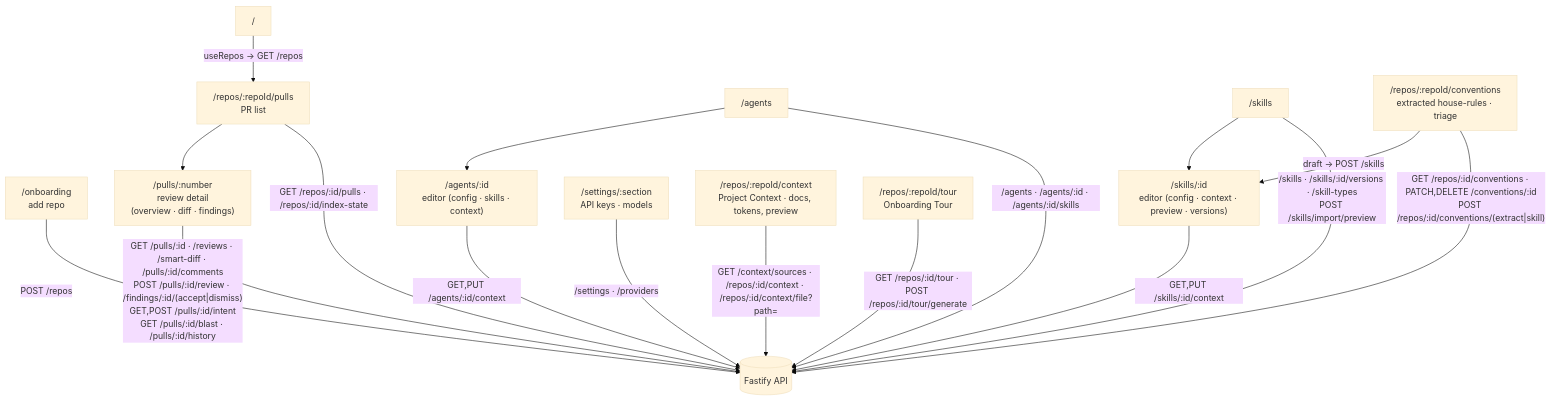
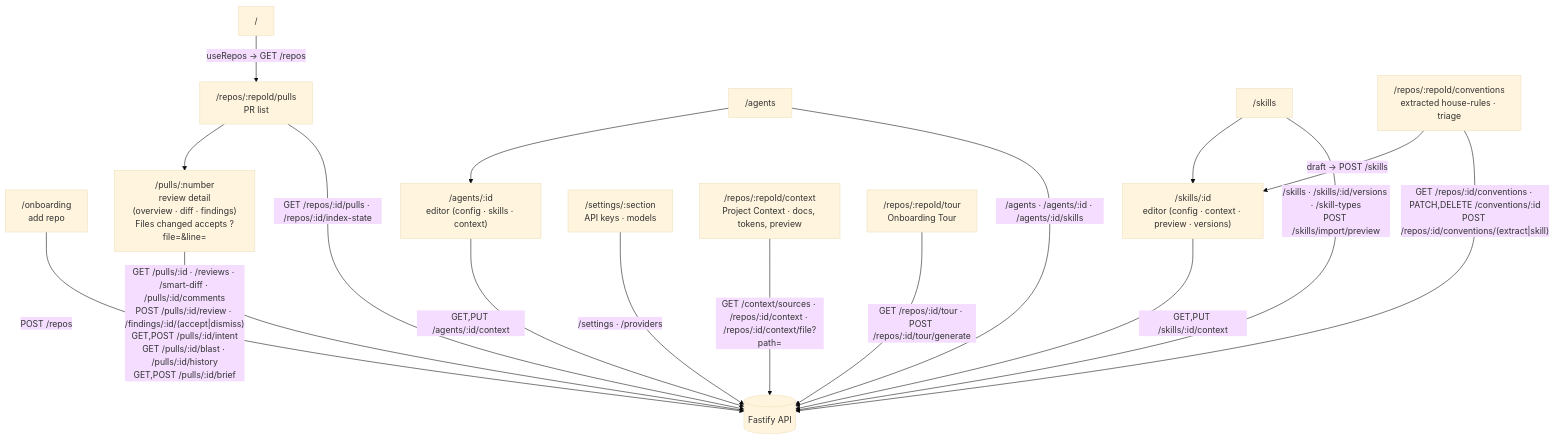
Before and after one commit to kosyakovr/dev-digest: the diagram in client/README.md, drawn with Mermaid (base theme). The commit also changed other lines of this file and 81 other files, not shown here.

First line of the commit message:
feat(brief): Risk Brief on the PR Overview (L05)

````diff
--- a/client/README.md
+++ b/client/README.md
@@ -24,24 +24,24 @@
 ```mermaid
 flowchart TD
   ROOT["/"] -->|"useRepos → GET /repos"| PULLS["/repos/:repoId/pulls<br/>PR list"]
   ONB["/onboarding<br/>add repo"] -->|"POST /repos"| API[("Fastify API")]
-  PULLS --> PR["/pulls/:number<br/>review detail<br/>(overview · diff · findings)"]
+  PULLS --> PR["/pulls/:number<br/>review detail<br/>(overview · diff · findings)<br/>Files changed accepts ?file=&line="]
 
   AGENTS["/agents"] --> AGENT["/agents/:id<br/>editor (config · skills · context)"]
   SKILLS["/skills"] --> SKILL["/skills/:id<br/>editor (config · context · preview · versions)"]
   CONV["/repos/:repoId/conventions<br/>extracted house-rules · triage"] -->|"draft → POST /skills"| SKILL
   SETTINGS["/settings/:section<br/>API keys · models"]
   CTX["/repos/:repoId/context<br/>Project Context · docs, tokens, preview"]
   TOUR["/repos/:repoId/tour<br/>Onboarding Tour"]
 
   PULLS -->|"GET /repos/:id/pulls · /repos/:id/index-state"| API
-  PR -->|"GET /pulls/:id · /reviews · /smart-diff · /pulls/:id/comments<br/>POST /pulls/:id/review · /findings/:id/(accept|dismiss)<br/>GET,POST /pulls/:id/intent<br/>GET /pulls/:id/blast · /pulls/:id/history"| API
+  PR -->|"GET /pulls/:id · /reviews · /smart-diff · /pulls/:id/comments<br/>POST /pulls/:id/review · /findings/:id/(accept|dismiss)<br/>GET,POST /pulls/:id/intent<br/>GET /pulls/:id/blast · /pulls/:id/history<br/>GET,POST /pulls/:id/brief"| API
   AGENTS -->|"/agents · /agents/:id · /agents/:id/skills"| API
   SKILLS -->|"/skills · /skills/:id/versions · /skill-types<br/>POST /skills/import/preview"| API
   CONV -->|"GET /repos/:id/conventions · PATCH,DELETE /conventions/:id<br/>POST /repos/:id/conventions/(extract|skill)"| API
   CTX -->|"GET /context/sources · /repos/:id/context · /repos/:id/context/file?path="| API
   TOUR -->|"GET /repos/:id/tour · POST /repos/:id/tour/generate"| API
   AGENT -->|"GET,PUT /agents/:id/context"| API
   SKILL -->|"GET,PUT /skills/:id/context"| API
   SETTINGS -->|"/settings · /providers"| API
 ```
````
